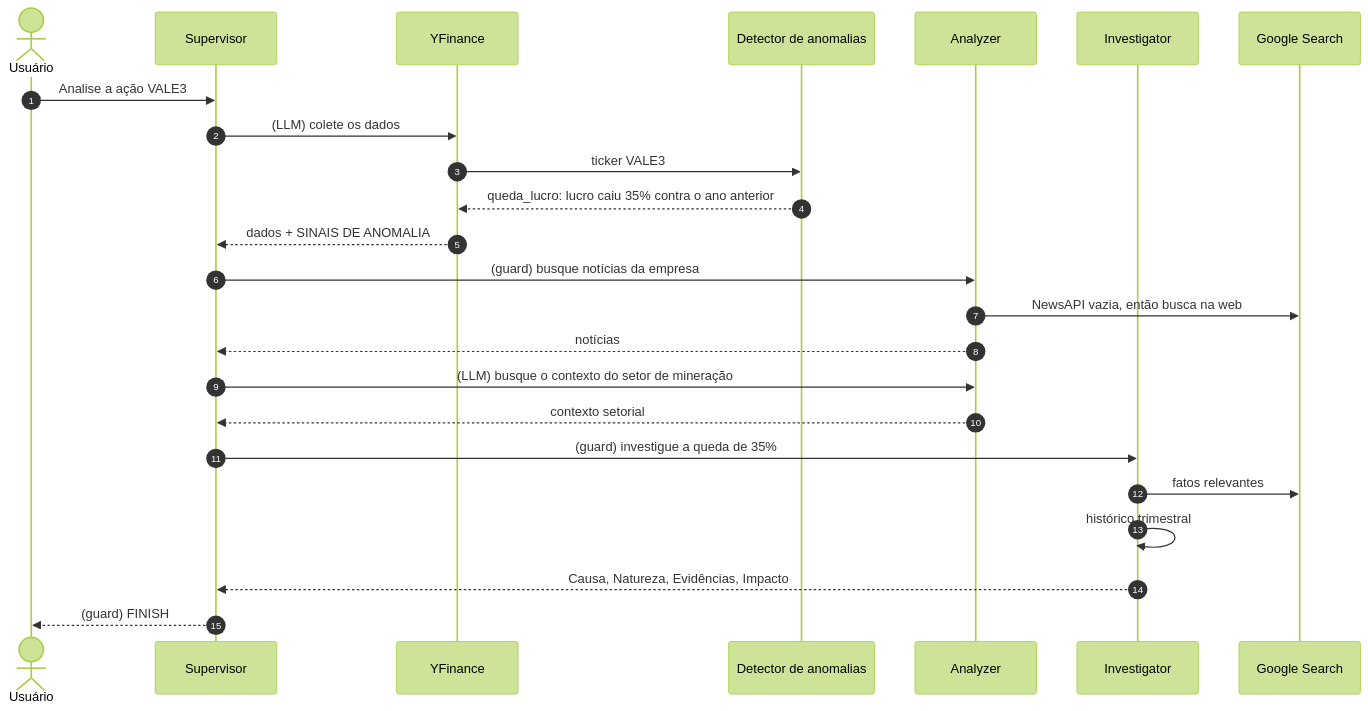
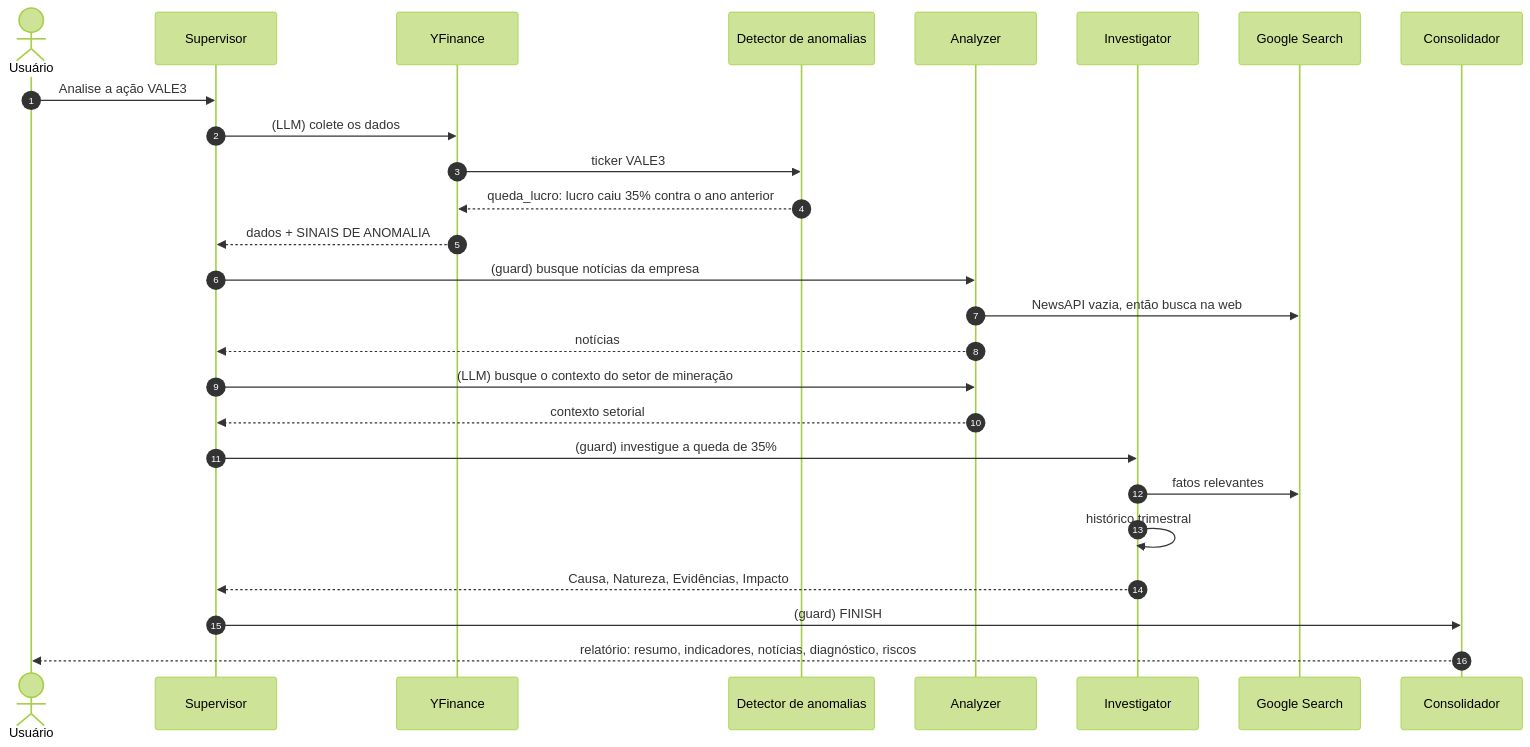
One commit to igorc22/pipeline-inteligencia-financeira-b3 changed the third of 5 diagrams in docs/arquitetura.md. Above: the diagram before and after it, drawn with Mermaid (forest theme). The commit also changed other lines of this file and 4 other files, not shown here.

Commit message:
feat: consolidador fixo depois do FINISH, inclusive no hard stop

````diff
--- a/docs/arquitetura.md
+++ b/docs/arquitetura.md
@@ -95,27 +102,29 @@
 ```mermaid
 sequenceDiagram
     autonumber
     actor U as Usuário
     participant S as Supervisor
     participant Y as YFinance
     participant D as Detector de anomalias
     participant A as Analyzer
     participant I as Investigator
     participant W as Google Search
+    participant C as Consolidador
 
     U->>S: Analise a ação VALE3
     S->>Y: (LLM) colete os dados
     Y->>D: ticker VALE3
     D-->>Y: queda_lucro: lucro caiu 35% contra o ano anterior
     Y-->>S: dados + SINAIS DE ANOMALIA
     S->>A: (guard) busque notícias da empresa
     A->>W: NewsAPI vazia, então busca na web
     A-->>S: notícias
     S->>A: (LLM) busque o contexto do setor de mineração
     A-->>S: contexto setorial
     S->>I: (guard) investigue a queda de 35%
     I->>W: fatos relevantes
     I->>I: histórico trimestral
     I-->>S: Causa, Natureza, Evidências, Impacto
-    S-->>U: (guard) FINISH
+    S->>C: (guard) FINISH
+    C-->>U: relatório: resumo, indicadores, notícias, diagnóstico, riscos
 ```
````
